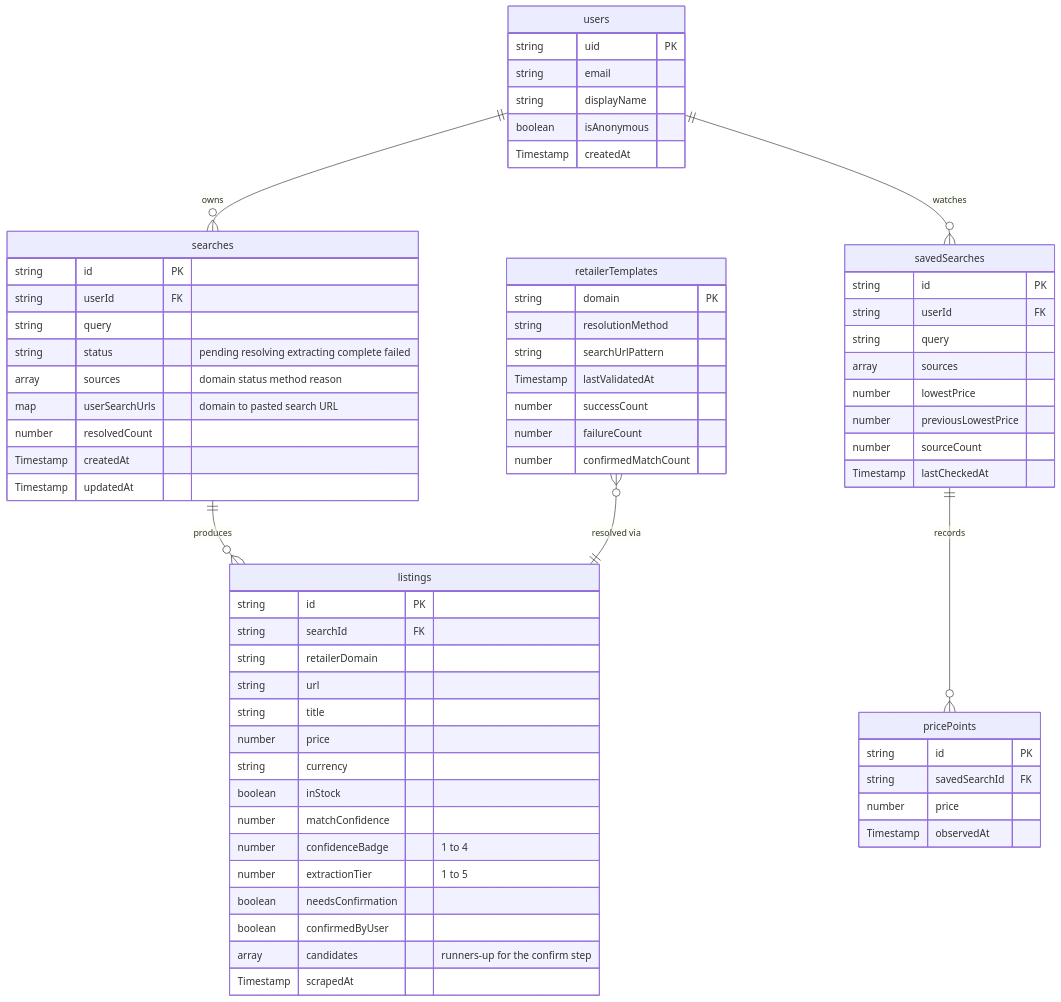
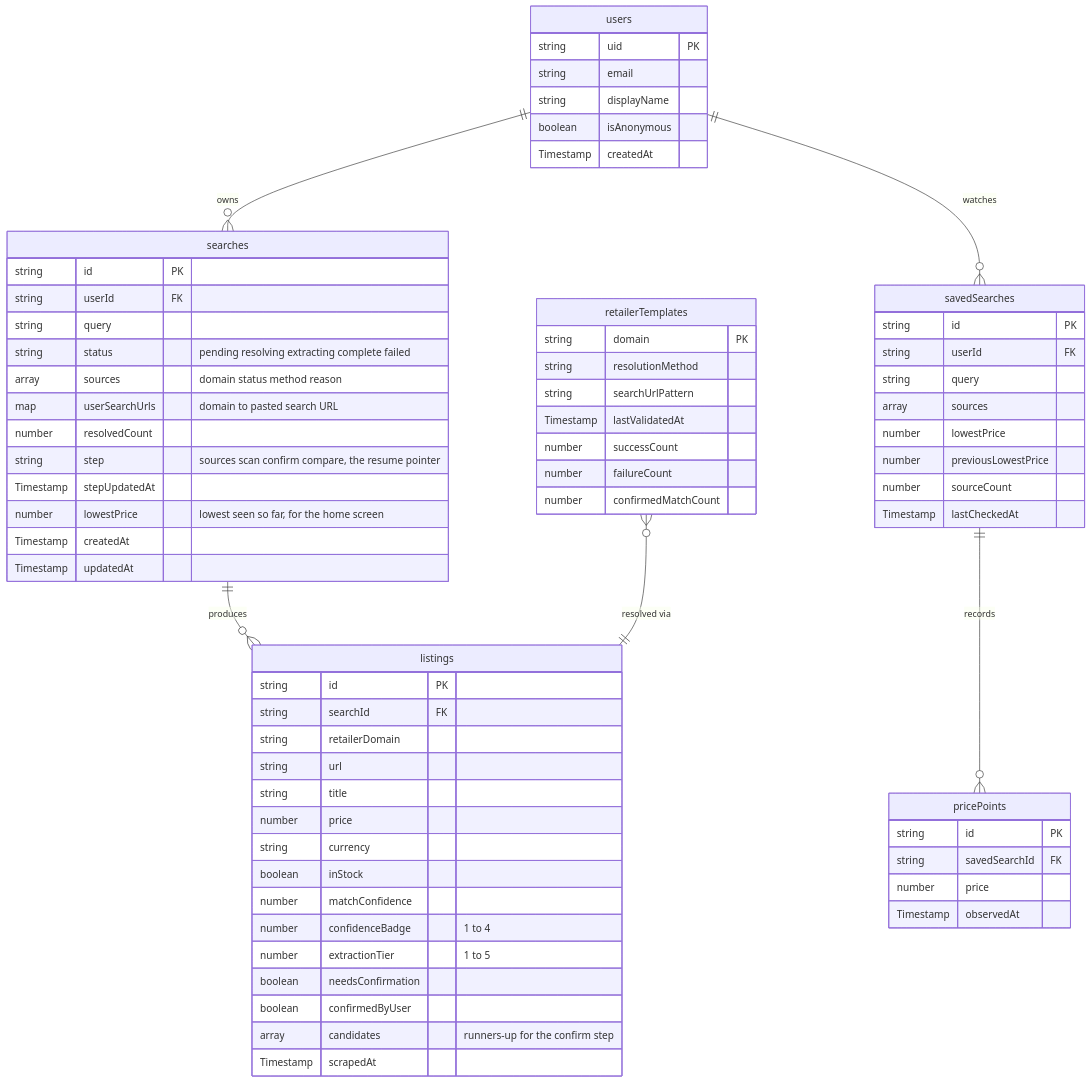
Before and after one commit to Keagan-Boucher/SIFT: the third of 3 diagrams in README.md, drawn with Mermaid. The commit also changed other lines of this file and 17 other files, not shown here.

````diff
--- a/README.md
+++ b/README.md
@@ -508,69 +548,72 @@
 ```mermaid
 erDiagram
     users ||--o{ searches : owns
     users ||--o{ savedSearches : watches
     searches ||--o{ listings : produces
     savedSearches ||--o{ pricePoints : records
     retailerTemplates }o--|| listings : "resolved via"
 
     users {
         string uid PK
         string email
         string displayName
         boolean isAnonymous
         Timestamp createdAt
     }
     searches {
         string id PK
         string userId FK
         string query
         string status "pending resolving extracting complete failed"
         array sources "domain status method reason"
         map userSearchUrls "domain to pasted search URL"
         number resolvedCount
+        string step "sources scan confirm compare, the resume pointer"
+        Timestamp stepUpdatedAt
+        number lowestPrice "lowest seen so far, for the home screen"
         Timestamp createdAt
         Timestamp updatedAt
     }
     listings {
         string id PK
         string searchId FK
         string retailerDomain
         string url
         string title
         number price
         string currency
         boolean inStock
         number matchConfidence
         number confidenceBadge "1 to 4"
         number extractionTier "1 to 5"
         boolean needsConfirmation
         boolean confirmedByUser
         array candidates "runners-up for the confirm step"
         Timestamp scrapedAt
     }
     savedSearches {
         string id PK
         string userId FK
         string query
         array sources
         number lowestPrice
         number previousLowestPrice
         number sourceCount
         Timestamp lastCheckedAt
     }
     pricePoints {
         string id PK
         string savedSearchId FK
         number price
         Timestamp observedAt
     }
     retailerTemplates {
         string domain PK
         string resolutionMethod
         string searchUrlPattern
         Timestamp lastValidatedAt
         number successCount
         number failureCount
         number confirmedMatchCount
     }
 ```
````
